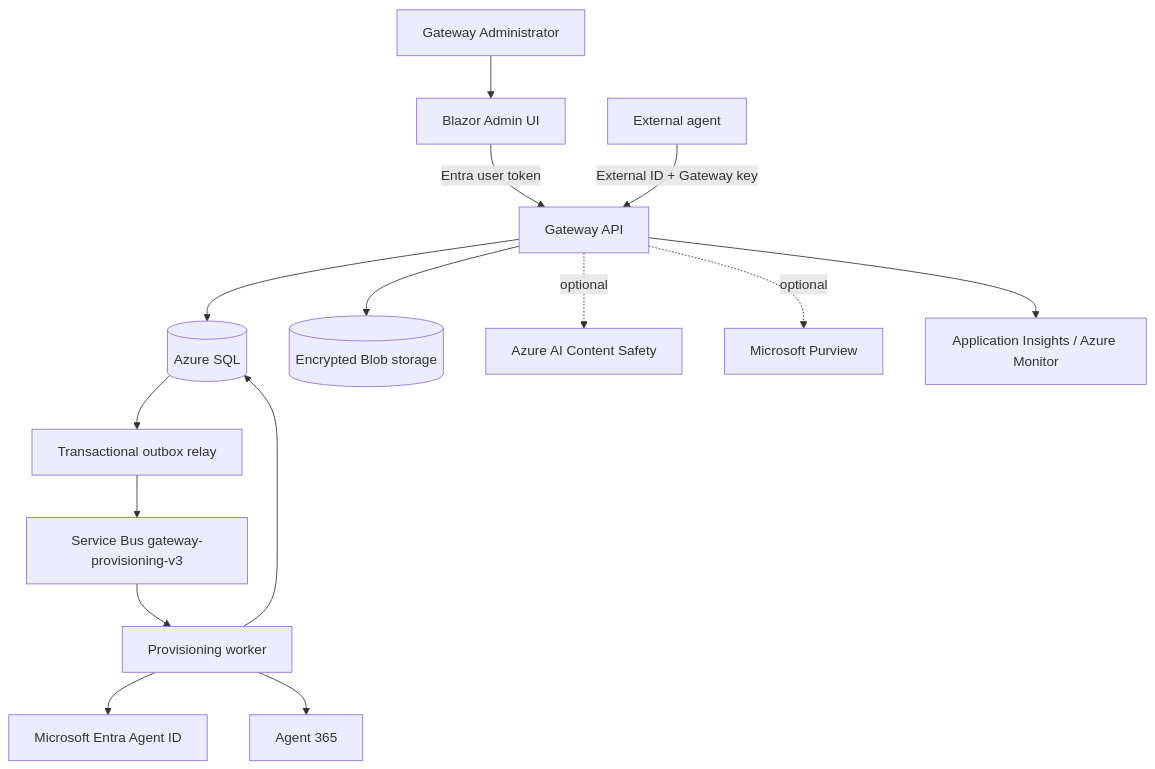
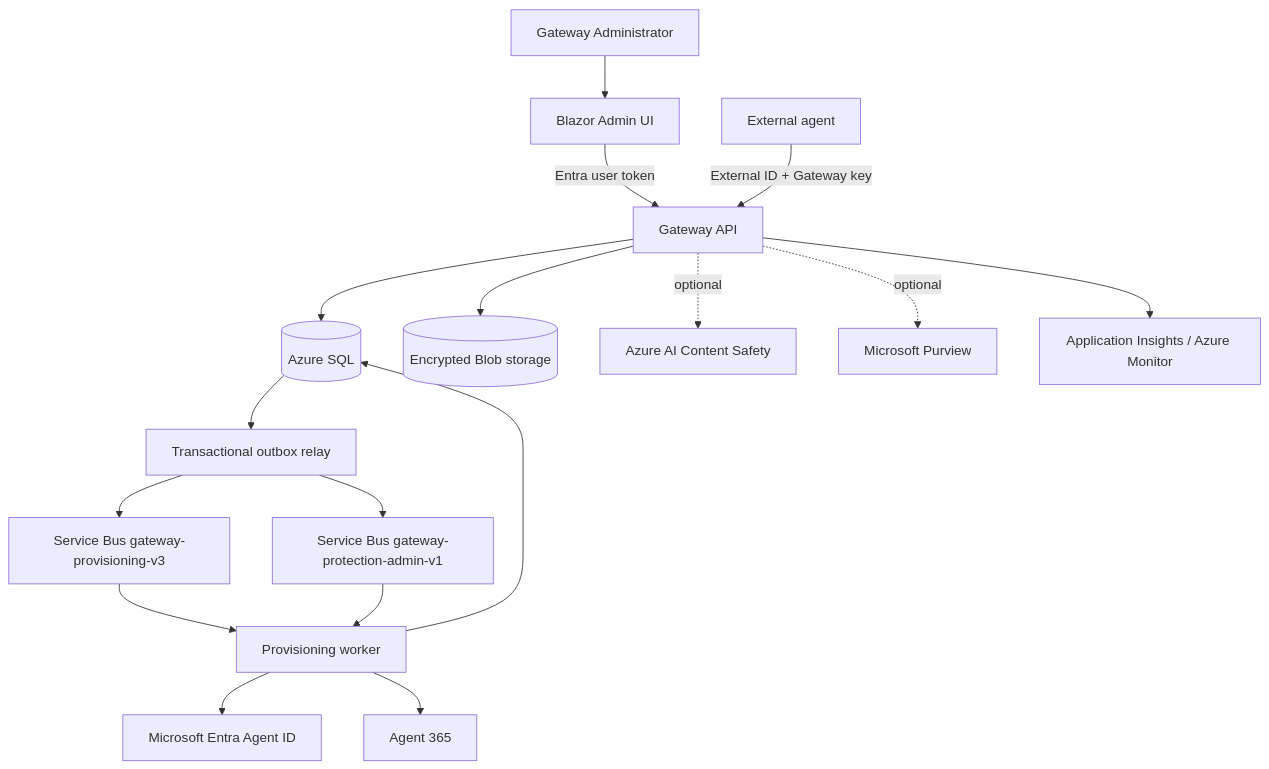
One commit to patrick-shim/a365-custom-gateway changed the second of 2 diagrams in README.md. Above: the diagram before and after it, drawn with Mermaid. The commit also changed other lines of this file and 342 other files, not shown here.

First line of the commit message:
feat: move protection governance into Gateway Settings

````diff
--- a/README.md
+++ b/README.md
@@ -180,17 +194,19 @@
 ```mermaid
 flowchart TB
     admin[Gateway Administrator] --> ui[Blazor Admin UI]
     ui -->|Entra user token| api[Gateway API]
     client[External agent] -->|External ID + Gateway key| api
     api --> sql[(Azure SQL)]
     api --> blob[(Encrypted Blob storage)]
     sql --> relay[Transactional outbox relay]
     relay --> bus[Service Bus gateway-provisioning-v3]
+    relay --> pbus[Service Bus gateway-protection-admin-v1]
     bus --> worker[Provisioning worker]
+    pbus --> worker
     worker --> sql
     worker --> entra[Microsoft Entra Agent ID]
     worker --> a365[Agent 365]
     api -. optional .-> shield[Azure AI Content Safety]
     api -. optional .-> purview[Microsoft Purview]
     api --> monitor[Application Insights / Azure Monitor]
 ```
````
